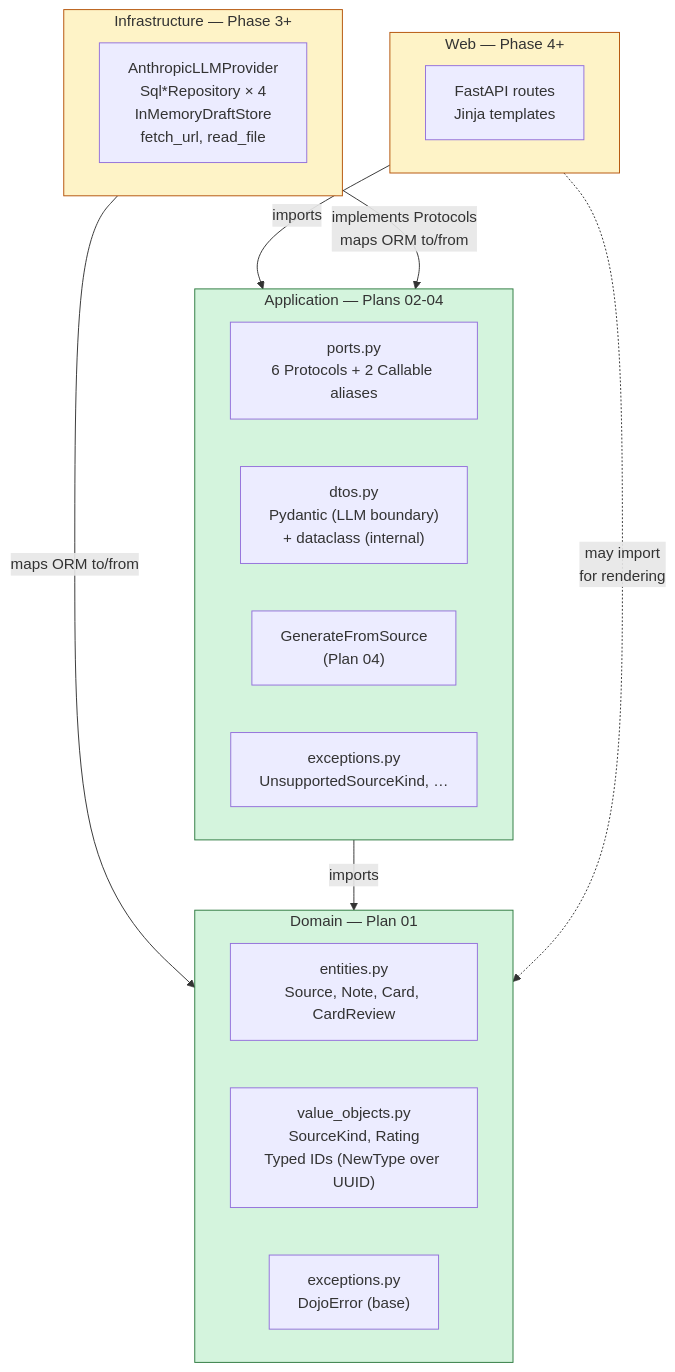
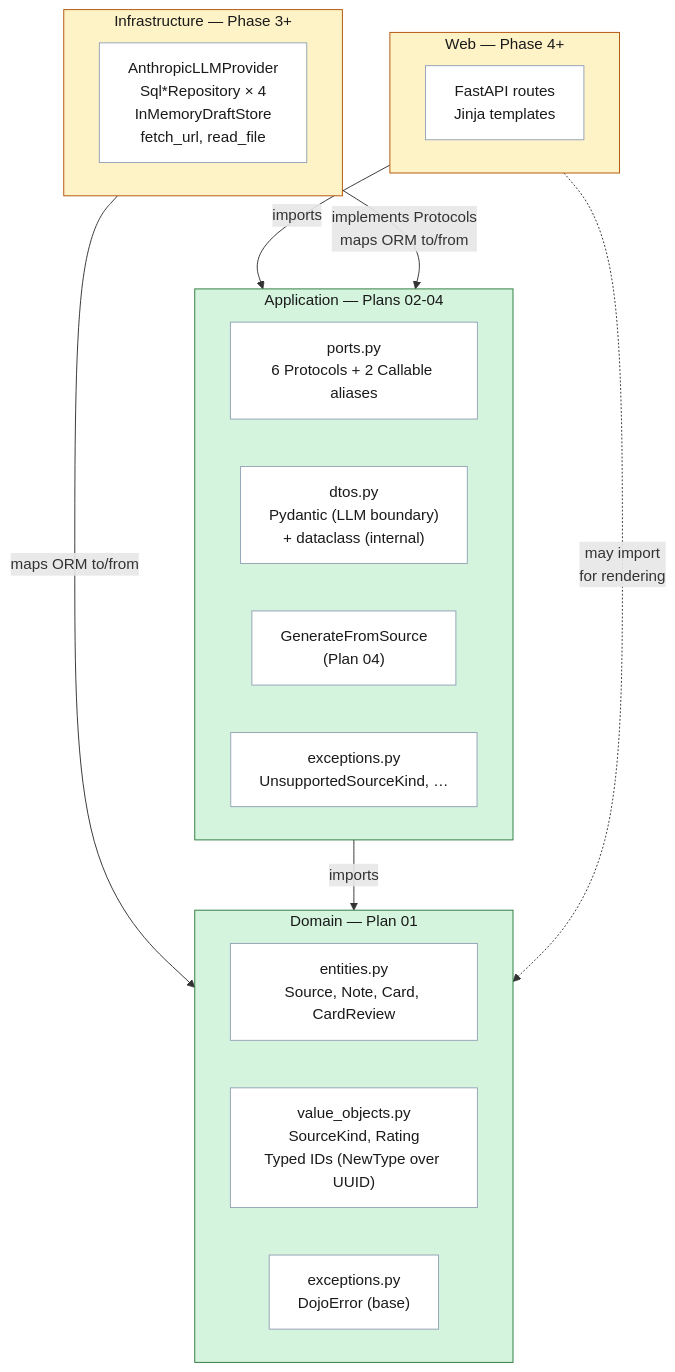
One commit to pvardanis/dojo changed the first of 5 diagrams in docs/architecture/overview.md. Above: the diagram before and after it, drawn with Mermaid.

Commit message:
docs(arch): fix font contrast in layered-dependency diagram
Subgraph titles and inner nodes were rendering as white on light-green
/ light-yellow under GitHub's Mermaid theme — illegible. Explicit
`color:#1a1a1a` on every classDef forces near-black text regardless
of the ambient theme. Inner nodes now get a subtle white fill +
near-black text so they read in both light and dark modes.

````diff
--- a/docs/architecture/overview.md
+++ b/docs/architecture/overview.md
@@ -30,34 +30,36 @@
 ```mermaid
 flowchart TD
     subgraph Web["Web — Phase 4+"]
         routes["FastAPI routes<br/>Jinja templates"]
     end
 
     subgraph Infrastructure["Infrastructure — Phase 3+"]
         adapters["AnthropicLLMProvider<br/>Sql*Repository × 4<br/>InMemoryDraftStore<br/>fetch_url, read_file"]
     end
 
     subgraph Application["Application — Plans 02-04"]
         ports["ports.py<br/>6 Protocols + 2 Callable aliases"]
         dtos["dtos.py<br/>Pydantic (LLM boundary)<br/>+ dataclass (internal)"]
         usecase["GenerateFromSource<br/>(Plan 04)"]
         appexc["exceptions.py<br/>UnsupportedSourceKind, …"]
     end
 
     subgraph Domain["Domain — Plan 01"]
         entities["entities.py<br/>Source, Note, Card, CardReview"]
         vos["value_objects.py<br/>SourceKind, Rating<br/>Typed IDs (NewType over UUID)"]
         domexc["exceptions.py<br/>DojoError (base)"]
     end
 
     Web -->|imports| Application
     Infrastructure -->|implements Protocols<br/>maps ORM to/from| Application
     Infrastructure -->|maps ORM to/from| Domain
     Application -->|imports| Domain
     Web -.->|may import<br/>for rendering| Domain
 
-    classDef locked fill:#d4f4dd,stroke:#2d7a3f
-    classDef pending fill:#fef3c7,stroke:#b45309
+    classDef locked fill:#d4f4dd,stroke:#2d7a3f,color:#1a1a1a
+    classDef pending fill:#fef3c7,stroke:#b45309,color:#1a1a1a
+    classDef node fill:#ffffff,stroke:#94a3b8,color:#1a1a1a
     class Domain,Application locked
     class Web,Infrastructure pending
+    class routes,adapters,ports,dtos,usecase,appexc,entities,vos,domexc node
 ```
````
